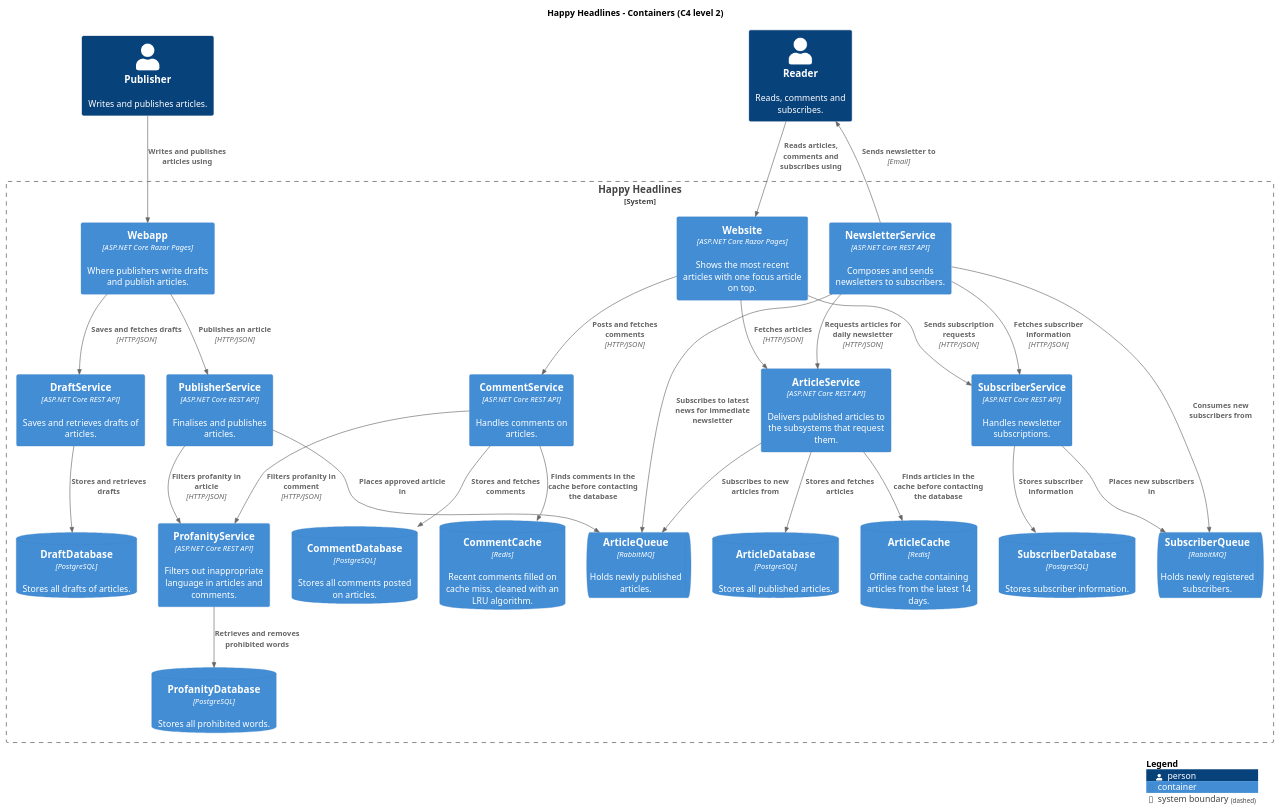
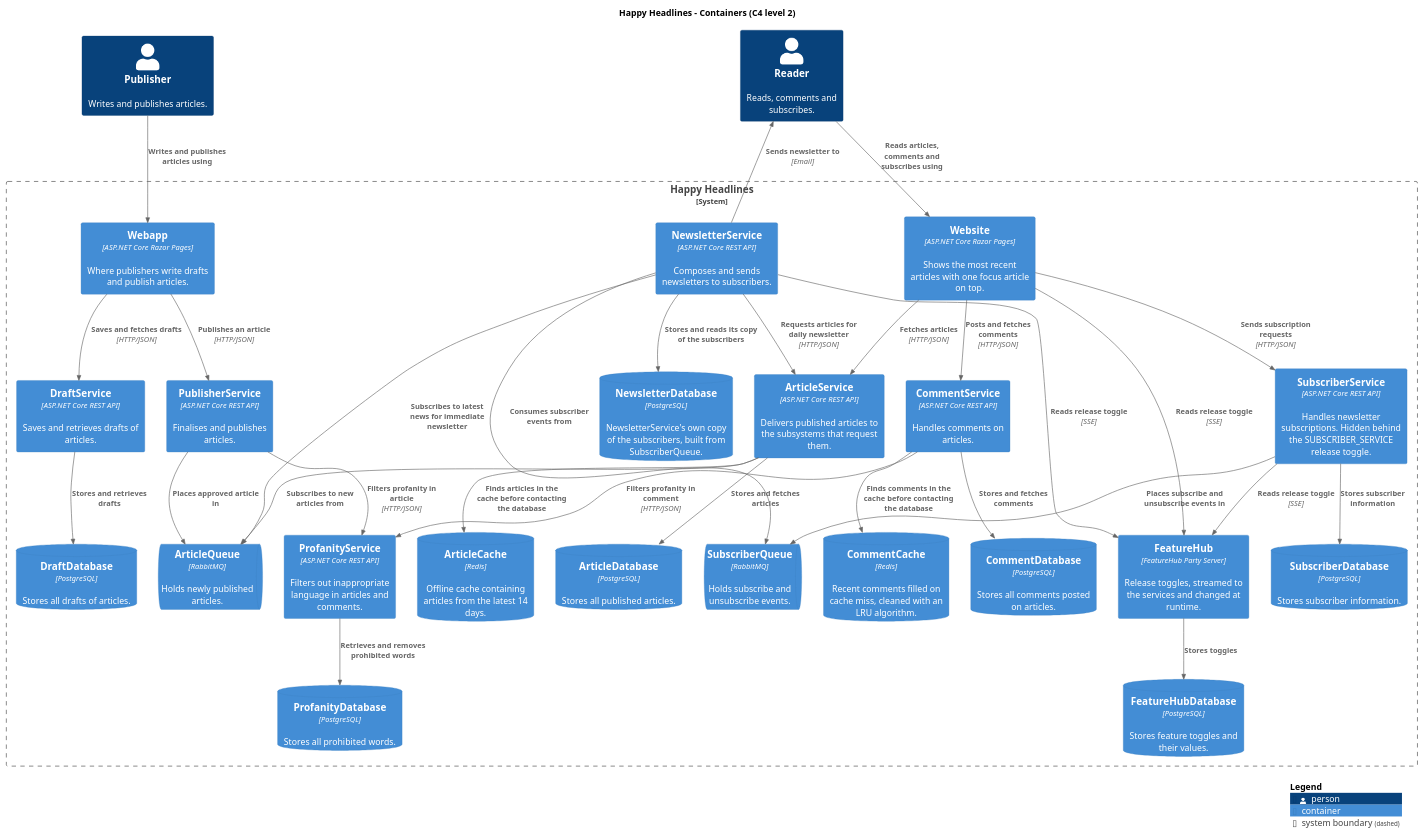
The diagram in docs/c4/container.puml (Davud05/happyheadlines), drawn with PlantUML before and after one commit. The commit also changed 33 other files, not shown here.

Commit message:
Week 44: SubscriberService behind a FeatureHub release toggle, isolated from NewsletterService via SubscriberQueue

```diff
--- a/docs/c4/container.puml
+++ b/docs/c4/container.puml
@@ -1,72 +1,81 @@
 @startuml container
 !include <C4/C4_Container>
 
 LAYOUT_TOP_DOWN()
 
 title Happy Headlines - Containers (C4 level 2)
 
 Person(publisher, "Publisher", "Writes and publishes articles.")
 Person(reader, "Reader", "Reads, comments and subscribes.")
 
 System_Boundary(hh, "Happy Headlines") {
     Container(webapp, "Webapp", "ASP.NET Core Razor Pages", "Where publishers write drafts and publish articles.")
     Container(website, "Website", "ASP.NET Core Razor Pages", "Shows the most recent articles with one focus article on top.")
 
     Container(draftService, "DraftService", "ASP.NET Core REST API", "Saves and retrieves drafts of articles.")
     ContainerDb(draftDb, "DraftDatabase", "PostgreSQL", "Stores all drafts of articles.")
 
     Container(publisherService, "PublisherService", "ASP.NET Core REST API", "Finalises and publishes articles.")
     Container(profanityService, "ProfanityService", "ASP.NET Core REST API", "Filters out inappropriate language in articles and comments.")
     ContainerDb(profanityDb, "ProfanityDatabase", "PostgreSQL", "Stores all prohibited words.")
 
     ContainerQueue(articleQueue, "ArticleQueue", "RabbitMQ", "Holds newly published articles.")
     Container(articleService, "ArticleService", "ASP.NET Core REST API", "Delivers published articles to the subsystems that request them.")
     ContainerDb(articleDb, "ArticleDatabase", "PostgreSQL", "Stores all published articles.")
     ContainerDb(articleCache, "ArticleCache", "Redis", "Offline cache containing articles from the latest 14 days.")
 
     Container(commentService, "CommentService", "ASP.NET Core REST API", "Handles comments on articles.")
     ContainerDb(commentDb, "CommentDatabase", "PostgreSQL", "Stores all comments posted on articles.")
     ContainerDb(commentCache, "CommentCache", "Redis", "Recent comments filled on cache miss, cleaned with an LRU algorithm.")
 
-    Container(subscriberService, "SubscriberService", "ASP.NET Core REST API", "Handles newsletter subscriptions.")
+    Container(subscriberService, "SubscriberService", "ASP.NET Core REST API", "Handles newsletter subscriptions. Hidden behind the SUBSCRIBER_SERVICE release toggle.")
     ContainerDb(subscriberDb, "SubscriberDatabase", "PostgreSQL", "Stores subscriber information.")
-    ContainerQueue(subscriberQueue, "SubscriberQueue", "RabbitMQ", "Holds newly registered subscribers.")
+    ContainerQueue(subscriberQueue, "SubscriberQueue", "RabbitMQ", "Holds subscribe and unsubscribe events.")
 
     Container(newsletterService, "NewsletterService", "ASP.NET Core REST API", "Composes and sends newsletters to subscribers.")
+    ContainerDb(newsletterDb, "NewsletterDatabase", "PostgreSQL", "NewsletterService's own copy of the subscribers, built from SubscriberQueue.")
+
+    Container(featureHub, "FeatureHub", "FeatureHub Party Server", "Release toggles, streamed to the services and changed at runtime.")
+    ContainerDb(featureHubDb, "FeatureHubDatabase", "PostgreSQL", "Stores feature toggles and their values.")
 }
 
 Rel(publisher, webapp, "Writes and publishes articles using")
 Rel(reader, website, "Reads articles, comments and subscribes using")
 
 Rel(webapp, draftService, "Saves and fetches drafts", "HTTP/JSON")
 Rel(draftService, draftDb, "Stores and retrieves drafts")
 
 Rel(webapp, publisherService, "Publishes an article", "HTTP/JSON")
 Rel(publisherService, profanityService, "Filters profanity in article", "HTTP/JSON")
 Rel(publisherService, articleQueue, "Places approved article in")
 
 Rel(profanityService, profanityDb, "Retrieves and removes prohibited words")
 
 Rel(articleService, articleQueue, "Subscribes to new articles from")
 Rel(articleService, articleDb, "Stores and fetches articles")
 Rel(articleService, articleCache, "Finds articles in the cache before contacting the database")
 
 Rel(website, articleService, "Fetches articles", "HTTP/JSON")
 Rel(website, commentService, "Posts and fetches comments", "HTTP/JSON")
 Rel(website, subscriberService, "Sends subscription requests", "HTTP/JSON")
 
 Rel(commentService, profanityService, "Filters profanity in comment", "HTTP/JSON")
 Rel(commentService, commentDb, "Stores and fetches comments")
 Rel(commentService, commentCache, "Finds comments in the cache before contacting the database")
 
 Rel(subscriberService, subscriberDb, "Stores subscriber information")
-Rel(subscriberService, subscriberQueue, "Places new subscribers in")
+Rel(subscriberService, subscriberQueue, "Places subscribe and unsubscribe events in")
 
-Rel(newsletterService, subscriberQueue, "Consumes new subscribers from")
+Rel(newsletterService, subscriberQueue, "Consumes subscriber events from")
+Rel(newsletterService, newsletterDb, "Stores and reads its copy of the subscribers")
 Rel(newsletterService, articleQueue, "Subscribes to latest news for immediate newsletter")
 Rel(newsletterService, articleService, "Requests articles for daily newsletter", "HTTP/JSON")
-Rel(newsletterService, subscriberService, "Fetches subscriber information", "HTTP/JSON")
 Rel(newsletterService, reader, "Sends newsletter to", "Email")
+
+Rel(subscriberService, featureHub, "Reads release toggle", "SSE")
+Rel(newsletterService, featureHub, "Reads release toggle", "SSE")
+Rel(website, featureHub, "Reads release toggle", "SSE")
+Rel(featureHub, featureHubDb, "Stores toggles")
 
 SHOW_LEGEND()
 @enduml
```
